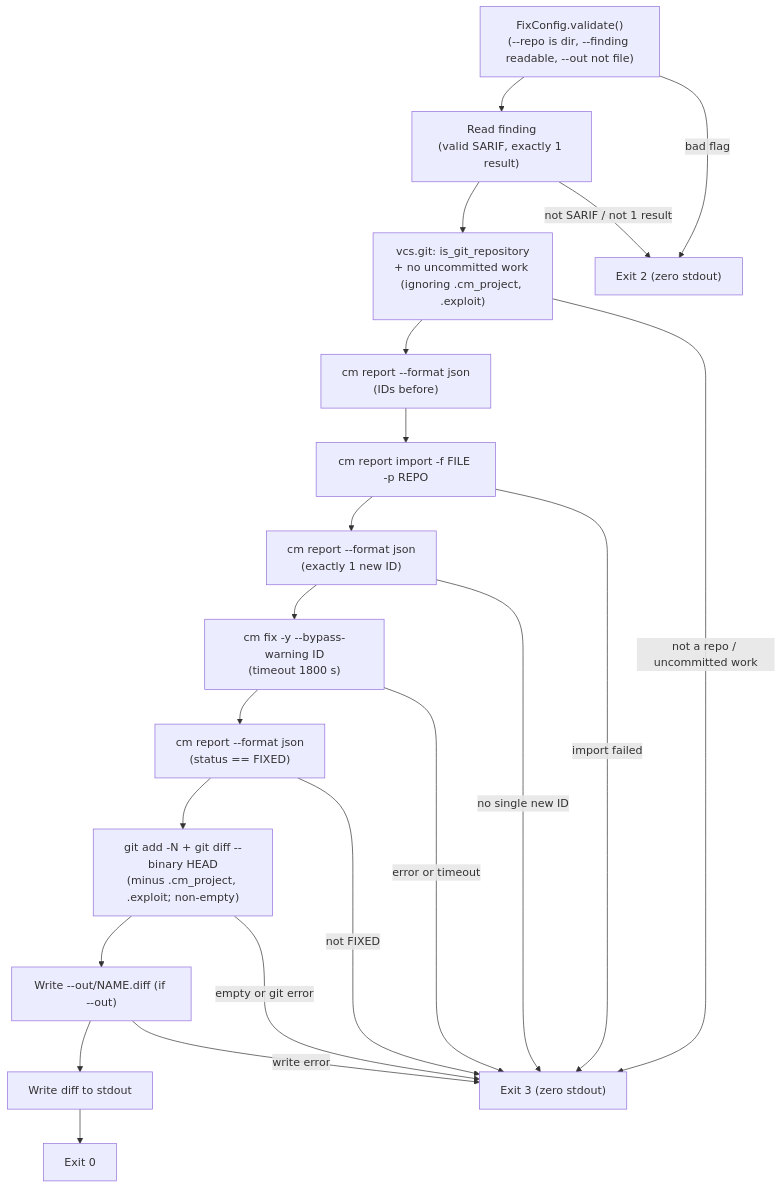
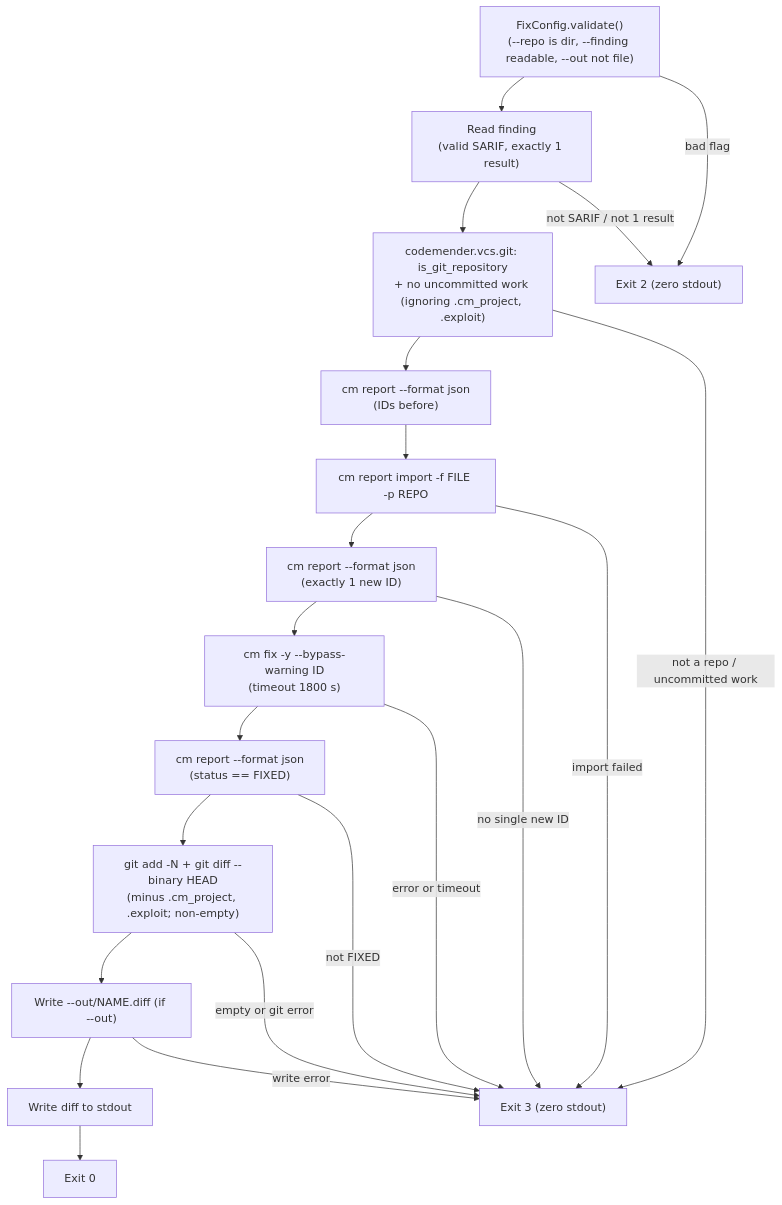
The diagram in docs/openspec/specs/fix/design.md (avnit/codemender-runner-mcp), drawn with Mermaid before and after one commit. The commit also changed other lines of this file and 59 other files, not shown here.

First line of the commit message:
refactor(codemender): migrate generic runner to extensible packages/codemender architecture (#60)

````diff
--- a/docs/openspec/specs/fix/design.md
+++ b/docs/openspec/specs/fix/design.md
@@ -152,43 +152,43 @@
 ```mermaid
 flowchart TD
     validate["FixConfig.validate()
 (--repo is dir, --finding readable, --out not file)"]
     parse["Read finding
 (valid SARIF, exactly 1 result)"]
-    git["vcs.git: is_git_repository
+    git["codemender.vcs.git: is_git_repository
 + no uncommitted work (ignoring .cm_project, .exploit)"]
     before["cm report --format json
 (IDs before)"]
     import["cm report import -f FILE -p REPO"]
     after["cm report --format json
 (exactly 1 new ID)"]
     fix["cm fix -y --bypass-warning ID
 (timeout 1800 s)"]
     status["cm report --format json
 (status == FIXED)"]
     diff["git add -N + git diff --binary HEAD
 (minus .cm_project, .exploit; non-empty)"]
     out["Write --out/NAME.diff (if --out)"]
     emit["Write diff to stdout"]
     exit0["Exit 0"]
     exit2["Exit 2 (zero stdout)"]
     exit3["Exit 3 (zero stdout)"]
 
     validate -->|"bad flag"| exit2
     validate --> parse
     parse -->|"not SARIF / not 1 result"| exit2
     parse --> git
     git -->|"not a repo / uncommitted work"| exit3
     git --> before --> import --> after
     import -->|"import failed"| exit3
     after -->|"no single new ID"| exit3
     after --> fix
     fix -->|"error or timeout"| exit3
     fix --> status
     status -->|"not FIXED"| exit3
     status --> diff
     diff -->|"empty or git error"| exit3
     diff --> out
     out -->|"write error"| exit3
     out --> emit --> exit0
 ```
````
